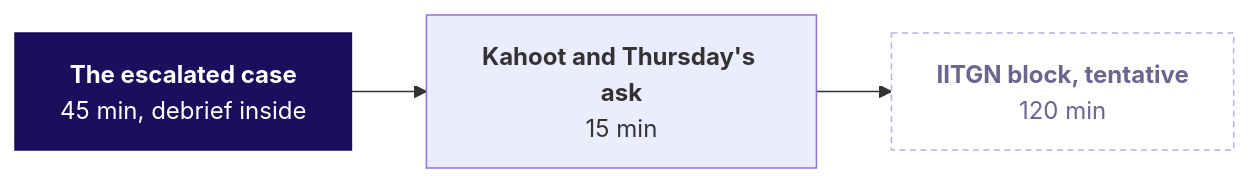
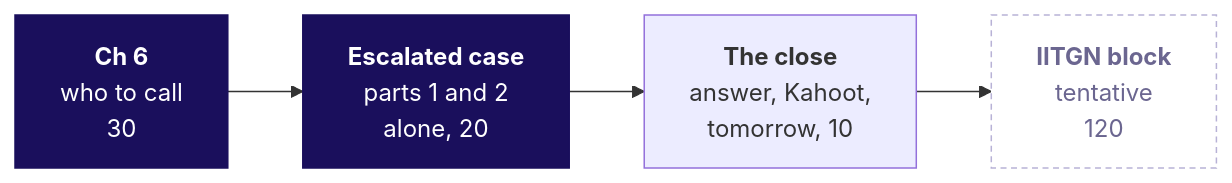
Before and after one commit to fde-academy-lab/c2-content-factory: the second of 2 diagrams in content/W02/D3/trainer/C2_W02_D03_day_sheet_TRAINER.md, drawn with Mermaid. The commit also changed other lines of this file, not shown here.

````diff
--- a/content/W02/D3/trainer/C2_W02_D03_day_sheet_TRAINER.md
+++ b/content/W02/D3/trainer/C2_W02_D03_day_sheet_TRAINER.md
@@ -78,8 +118,8 @@
 ```mermaid
 flowchart LR
-    C["<b>The escalated case</b><br/>45 min, debrief inside"] --> K["<b>Kahoot and Thursday's ask</b><br/>15 min"] --> F["<b>IITGN block, tentative</b><br/>120 min"]
+    C6["<b>Ch 6</b><br/>who to call<br/>30"] --> E["<b>Escalated case</b><br/>parts 1 and 2<br/>alone, 20"] --> K["<b>The close</b><br/>answer, Kahoot,<br/>tomorrow, 10"] --> F["<b>IITGN block</b><br/>tentative<br/>120"]
     classDef core fill:#1A0F5C,stroke:#1A0F5C,color:#FFFFFF
     classDef unknown fill:#FFFFFF,stroke:#B8B2D6,color:#6B6690,stroke-dasharray:4 3
-    class C core
+    class C6,E core
     class F unknown
 ```
````
